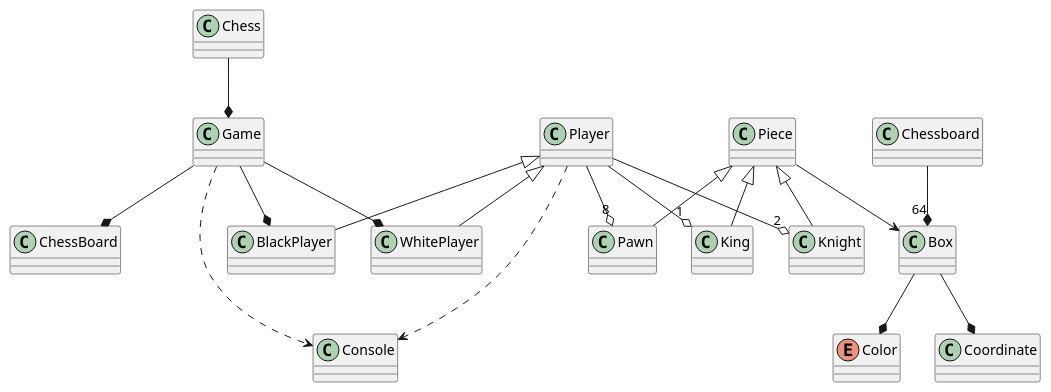
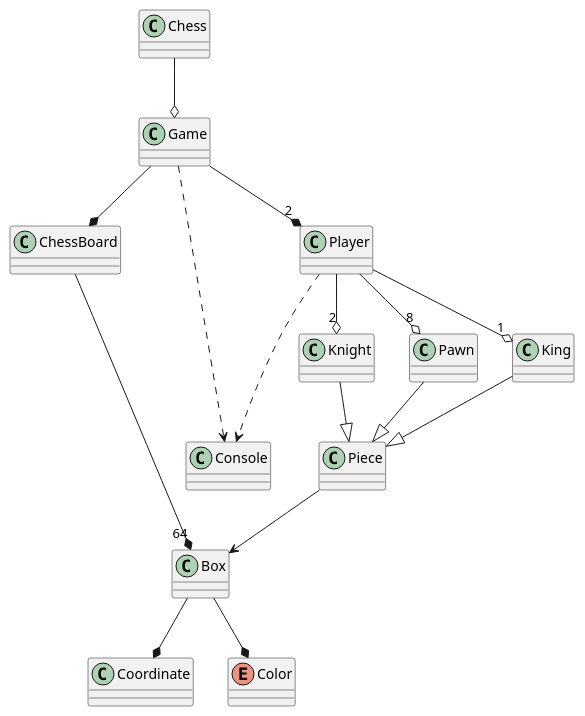
One commit to ccinterod02/Chess changed the diagram in diagrams/diagram.wsd. Above: the diagram before and after it, drawn with PlantUML. The commit also changed 8 other files, not shown here.

```diff
--- a/diagrams/diagram.wsd
+++ b/diagrams/diagram.wsd
@@ -1,83 +1,72 @@
 @startuml Chess - Polimorfismo
 class Chess {
 
 }
 
 class Coordinate {
 
 }
 
 class Player {
 
 }
 
-class WhitePlayer {
-
-}
-
-class BlackPlayer {
-
-}
 
 class Pawn {
     
 }
 
 class King {
 
 }
 
 class Knight {
 
 }
 
 enum Color {
 
 }
 
 class Box {
 
 }
 
 class Game {
 
 }
 
 class Piece {
 
 }
 
 class ChessBoard {
 
 }
 
 class Console {
 
 }
 
-Chess --* Game
+Chess --o Game
 
 Player -.-> Console
 Game -.-> Console
 
 Game --* ChessBoard
-Game --* WhitePlayer
-Game --* BlackPlayer
+Game --* "2" Player
 
-Chessboard --* "64" Box
+ChessBoard --* "64" Box
 Box --* Coordinate
 Box --* Color
 
 Player --o "2" Knight
 Player --o "1" King
 Player --o "8" Pawn
 Piece --> Box
 
-King -up-|> Piece
-Pawn -up-|> Piece
-Knight -up-|> Piece
+King --|> Piece
+Pawn --|> Piece
+Knight --|> Piece
 
-
-WhitePlayer -up-|> Player
-BlackPlayer -up-|> Player
 @enduml
```
